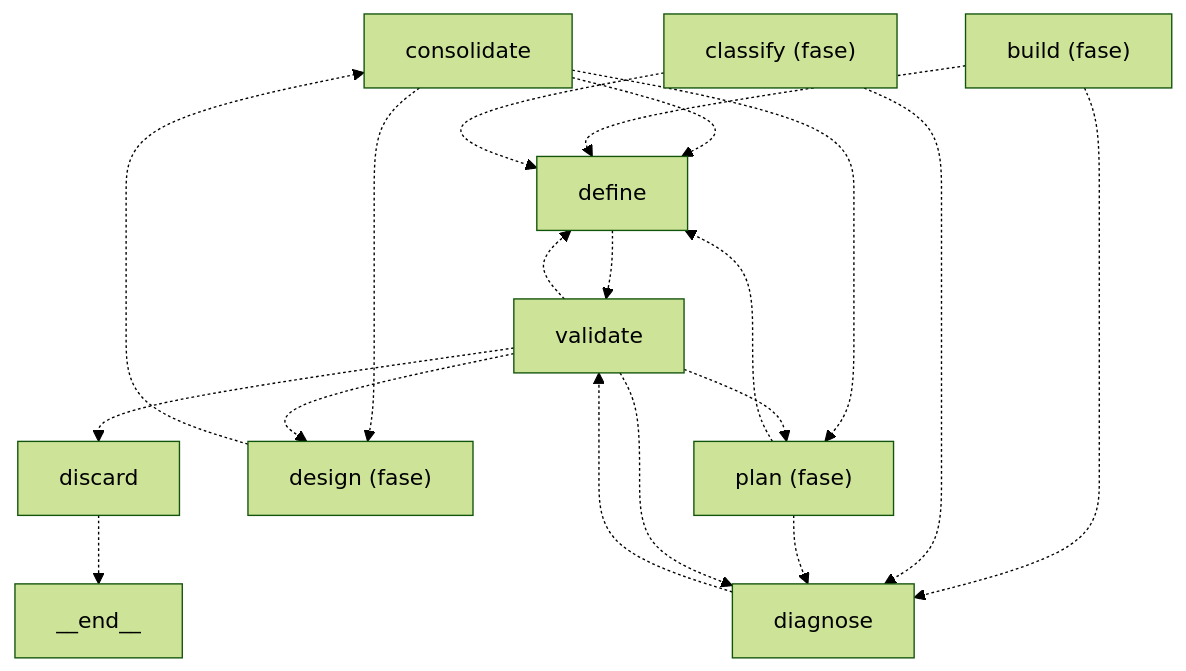
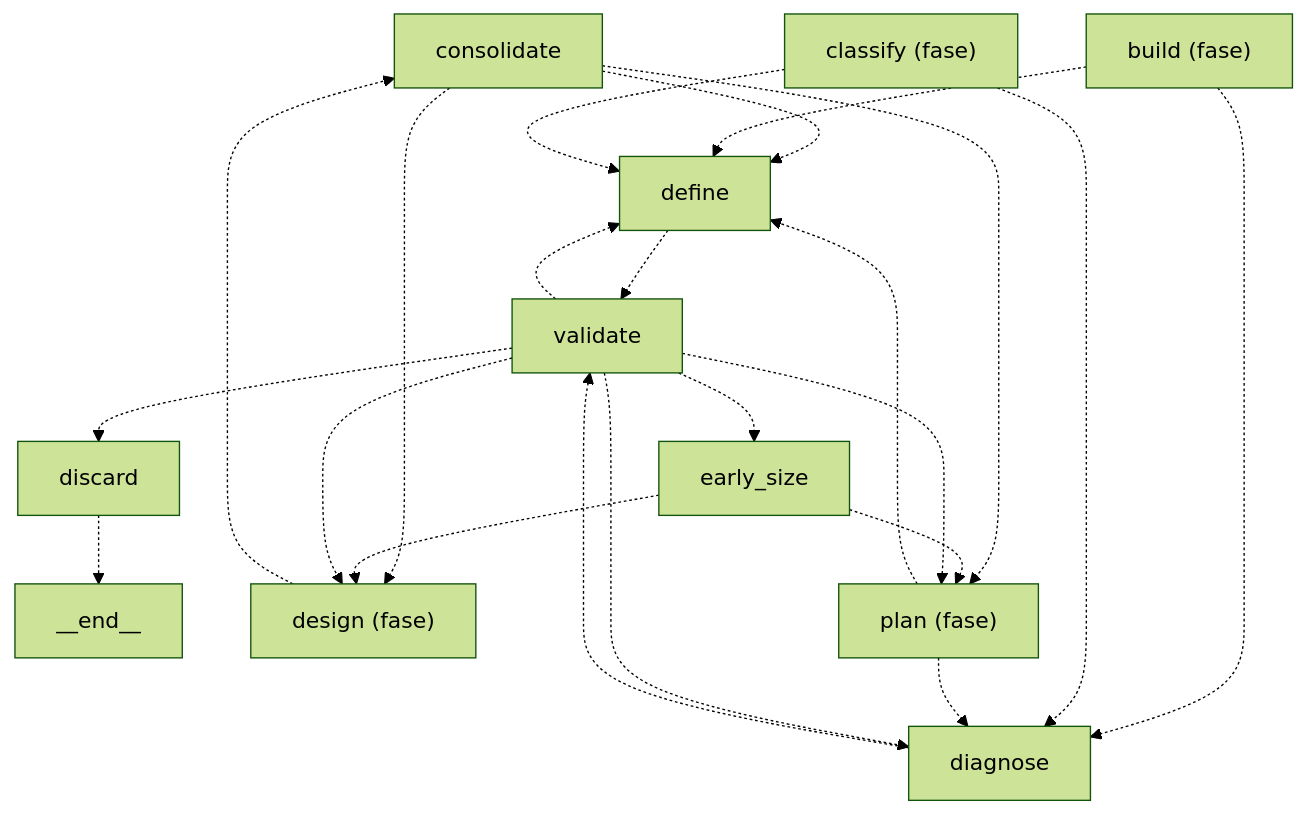
The diagram in docs/architecture/generated/role-graph-define.md (GonzaloZevallos/agentic-system), drawn with Mermaid (forest theme) before and after one commit. The commit also changed other lines of this file and 5 other files, not shown here.

Commit message:
Place early_size in the docs groups and regenerate the architecture docs

````diff
--- a/docs/architecture/generated/role-graph-define.md
+++ b/docs/architecture/generated/role-graph-define.md
@@ -13,31 +13,35 @@
 ```mermaid
 graph TD
     __end__["__end__"]
     consolidate["consolidate"]
     define["define"]
     diagnose["diagnose"]
     discard["discard"]
+    early_size["early_size"]
     phase_build["build (fase)"]
     phase_classify["classify (fase)"]
     phase_design["design (fase)"]
     phase_plan["plan (fase)"]
     validate["validate"]
     consolidate -.-> define
     consolidate -.-> phase_design
     consolidate -.-> phase_plan
     define -.-> validate
     diagnose -.-> validate
     discard -.-> __end__
+    early_size -.-> phase_design
+    early_size -.-> phase_plan
     phase_build -.-> define
     phase_build -.-> diagnose
     phase_classify -.-> define
     phase_classify -.-> diagnose
     phase_design -.-> consolidate
     phase_plan -.-> define
     phase_plan -.-> diagnose
     validate -.-> define
     validate -.-> diagnose
     validate -.-> discard
+    validate -.-> early_size
     validate -.-> phase_design
     validate -.-> phase_plan
 ```
````
